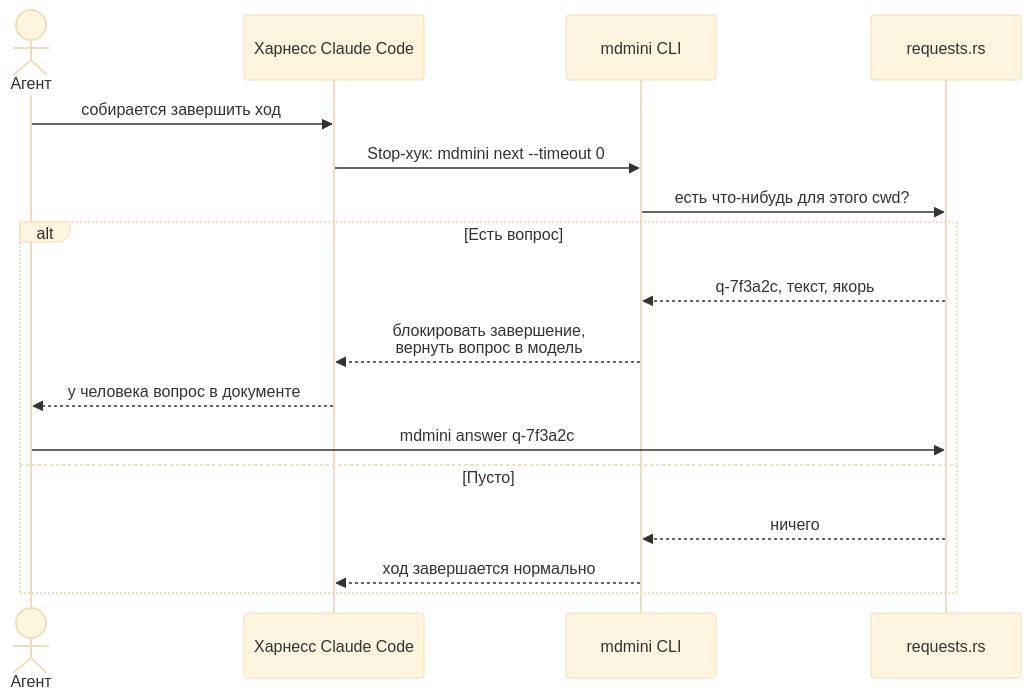
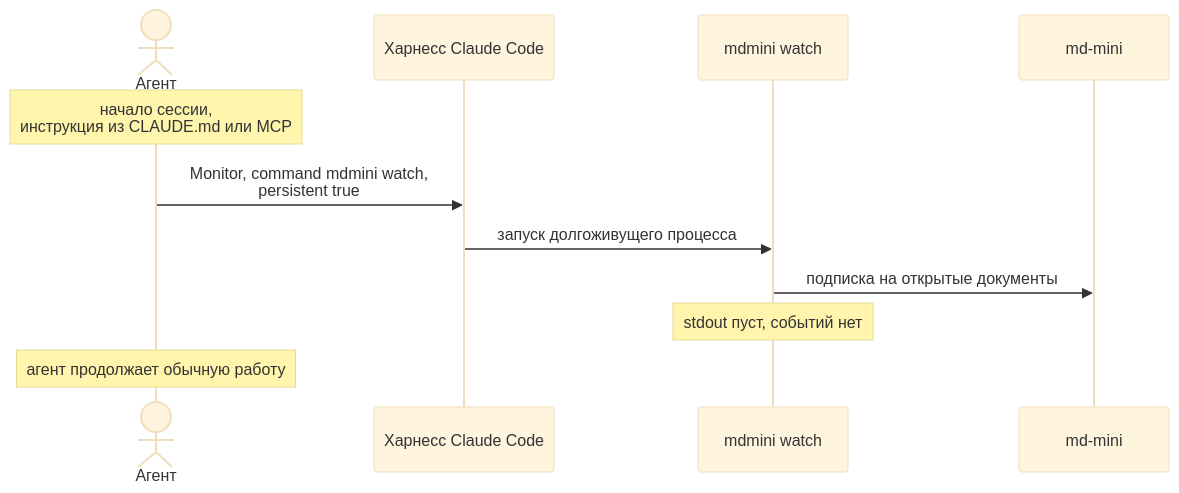
One commit to malinborn/mdmini changed the seventh of 14 diagrams in docs/superpowers/specs/2026-08-23-document-requests-design.md. Above: the diagram before and after it, drawn with Mermaid (base theme). The commit also changed other lines of this file, not shown here.

First line of the commit message:
docs: rewrite the spec around Monitor push and a comment file beside the document

````diff
--- a/docs/superpowers/specs/2026-08-23-document-requests-design.md
+++ b/docs/superpowers/specs/2026-08-23-document-requests-design.md
@@ -264,20 +259,14 @@
 ```mermaid
 sequenceDiagram
     actor A as Агент
     participant K as Харнесс Claude Code
-    participant C as mdmini CLI
-    participant R as requests.rs
+    participant C as mdmini watch
+    participant M as md-mini
 
-    A->>K: собирается завершить ход
-    K->>C: Stop-хук: mdmini next --timeout 0
-    C->>R: есть что-нибудь для этого cwd?
-    alt Есть вопрос
-        R-->>C: q-7f3a2c, текст, якорь
-        C-->>K: блокировать завершение,<br/>вернуть вопрос в модель
-        K-->>A: у человека вопрос в документе
-        A->>R: mdmini answer q-7f3a2c
-    else Пусто
-        R-->>C: ничего
-        C-->>K: ход завершается нормально
-    end
+    Note over A: начало сессии,<br/>инструкция из CLAUDE.md или MCP
+    A->>K: Monitor, command mdmini watch,<br/>persistent true
+    K->>C: запуск долгоживущего процесса
+    C->>M: подписка на открытые документы
+    Note over C: stdout пуст, событий нет
+    Note over A: агент продолжает обычную работу
 ```
````
